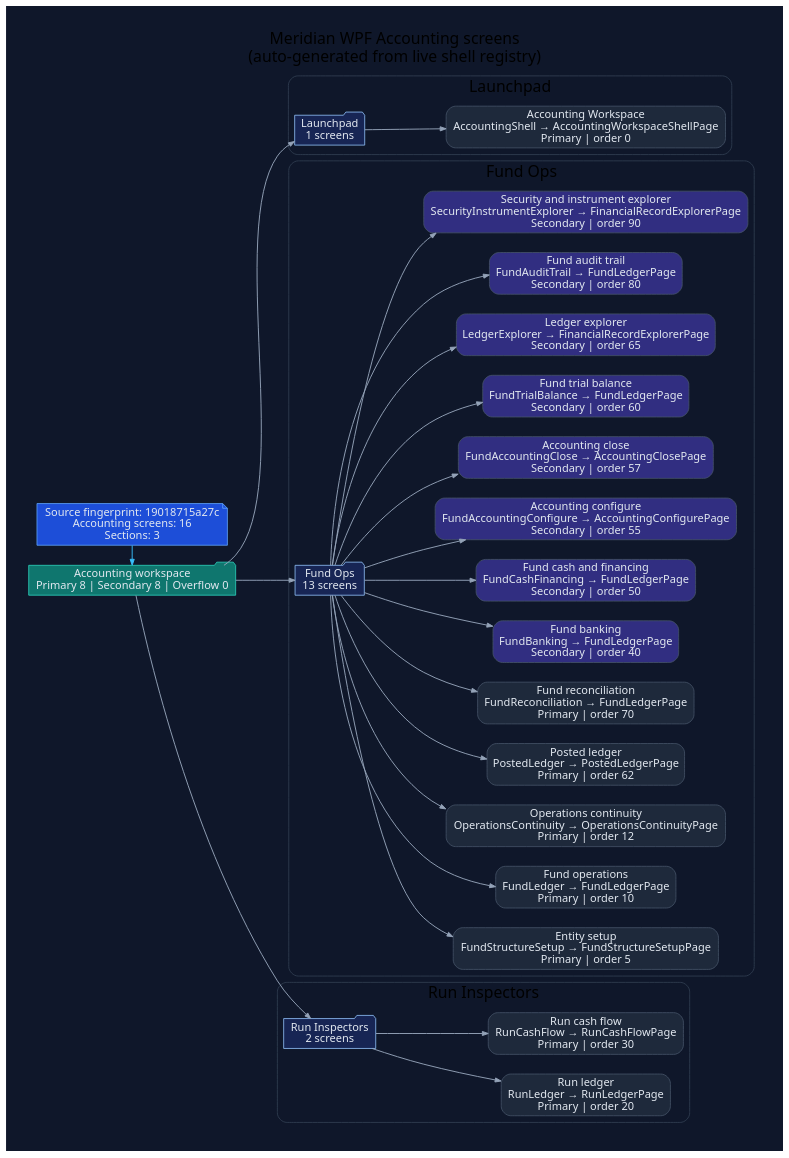
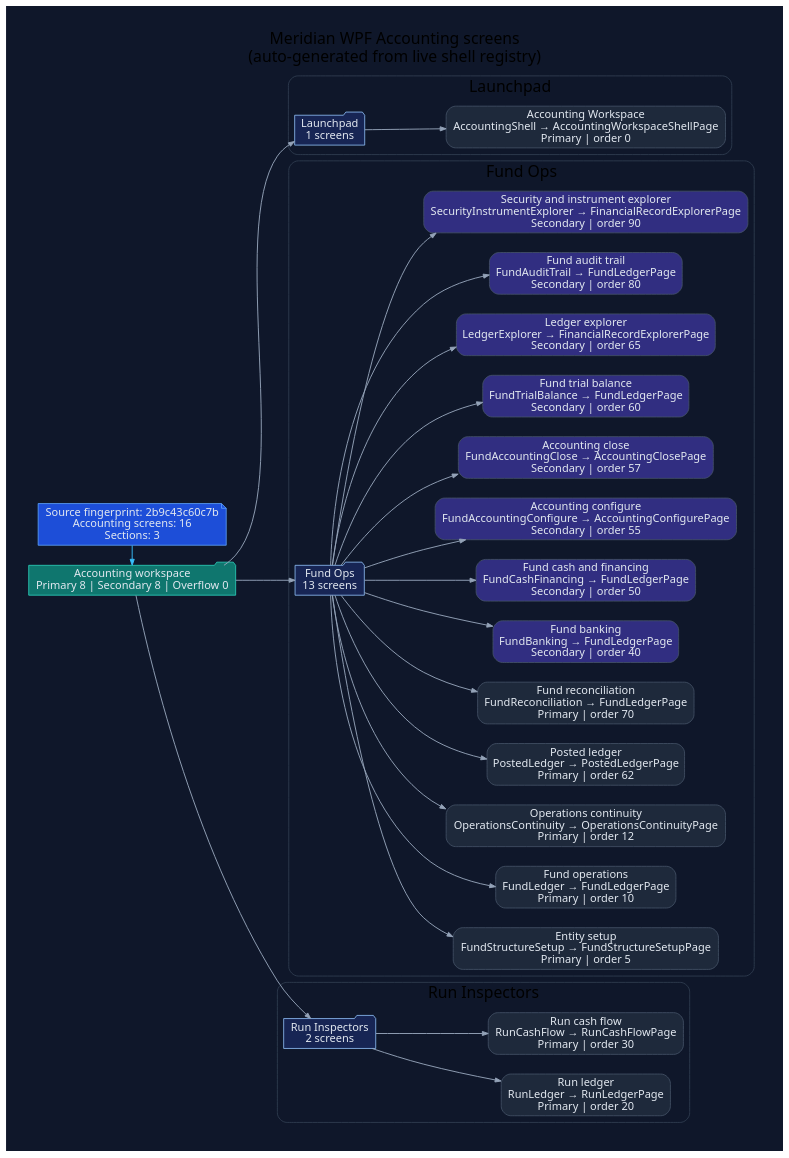
One commit to rodoHasArrived/Meridian-main changed the diagram in docs/diagrams/ui/ui-wpf-screens-accounting.dot. Above: the diagram before and after it, drawn with Graphviz. The commit also changed 45 other files, not shown here.

First line of the commit message:
docs: regenerate diagrams and doc-health after the governance fixes

```diff
--- a/docs/diagrams/ui/ui-wpf-screens-accounting.dot
+++ b/docs/diagrams/ui/ui-wpf-screens-accounting.dot
@@ -1,82 +1,82 @@
 // -----------------------------------------------------------------------------
 // <auto-generated>
 // Generated by scripts/generate-diagrams.mjs.
 // Do not edit this file directly; update the WPF source files instead.
 // -----------------------------------------------------------------------------
 digraph WpfAccountingScreens {
   graph [
     rankdir=LR,
     labelloc=t,
     label="Meridian WPF Accounting screens\n(auto-generated from live shell registry)",
     fontname="Segoe UI",
     fontsize=20,
     pad=0.4,
     nodesep=0.35,
     ranksep=0.85,
     bgcolor="#0f172a"
   ];
   node [fontname="Segoe UI", shape=box, style="rounded,filled", color="#475569", fontcolor="#e2e8f0", fillcolor="#1e293b"];
   edge [fontname="Segoe UI", color="#94a3b8", penwidth=1.2, arrowsize=0.75];
 
-  generated [shape=note, fillcolor="#1d4ed8", color="#60a5fa", label="Source fingerprint: 19018715a27c\nAccounting screens: 16\nSections: 3"];
+  generated [shape=note, fillcolor="#1d4ed8", color="#60a5fa", label="Source fingerprint: 2b9c43c60c7b\nAccounting screens: 16\nSections: 3"];
   workspace [shape=folder, fillcolor="#0f766e", color="#2dd4bf", label="Accounting workspace\nPrimary 8 | Secondary 8 | Overflow 0"];
   generated -> workspace [color="#38bdf8"];
 
   subgraph cluster_section_1 {
     label="Launchpad";
     color="#334155";
     style="rounded";
     section_1 [shape=folder, fillcolor="#172554", color="#93c5fd", label="Launchpad\n1 screens"];
     workspace -> section_1;
     screen_AccountingShell [fillcolor="#1e293b", label="Accounting Workspace\nAccountingShell → AccountingWorkspaceShellPage\nPrimary | order 0"];
     section_1 -> screen_AccountingShell;
   }
 
   subgraph cluster_section_2 {
     label="Fund Ops";
     color="#334155";
     style="rounded";
     section_2 [shape=folder, fillcolor="#172554", color="#93c5fd", label="Fund Ops\n13 screens"];
     workspace -> section_2;
     screen_FundStructureSetup [fillcolor="#1e293b", label="Entity setup\nFundStructureSetup → FundStructureSetupPage\nPrimary | order 5"];
     section_2 -> screen_FundStructureSetup;
     screen_FundLedger [fillcolor="#1e293b", label="Fund operations\nFundLedger → FundLedgerPage\nPrimary | order 10"];
     section_2 -> screen_FundLedger;
     screen_OperationsContinuity [fillcolor="#1e293b", label="Operations continuity\nOperationsContinuity → OperationsContinuityPage\nPrimary | order 12"];
     section_2 -> screen_OperationsContinuity;
     screen_PostedLedger [fillcolor="#1e293b", label="Posted ledger\nPostedLedger → PostedLedgerPage\nPrimary | order 62"];
     section_2 -> screen_PostedLedger;
     screen_FundReconciliation [fillcolor="#1e293b", label="Fund reconciliation\nFundReconciliation → FundLedgerPage\nPrimary | order 70"];
     section_2 -> screen_FundReconciliation;
     screen_FundBanking [fillcolor="#312e81", label="Fund banking\nFundBanking → FundLedgerPage\nSecondary | order 40"];
     section_2 -> screen_FundBanking;
     screen_FundCashFinancing [fillcolor="#312e81", label="Fund cash and financing\nFundCashFinancing → FundLedgerPage\nSecondary | order 50"];
     section_2 -> screen_FundCashFinancing;
     screen_FundAccountingConfigure [fillcolor="#312e81", label="Accounting configure\nFundAccountingConfigure → AccountingConfigurePage\nSecondary | order 55"];
     section_2 -> screen_FundAccountingConfigure;
     screen_FundAccountingClose [fillcolor="#312e81", label="Accounting close\nFundAccountingClose → AccountingClosePage\nSecondary | order 57"];
     section_2 -> screen_FundAccountingClose;
     screen_FundTrialBalance [fillcolor="#312e81", label="Fund trial balance\nFundTrialBalance → FundLedgerPage\nSecondary | order 60"];
     section_2 -> screen_FundTrialBalance;
     screen_LedgerExplorer [fillcolor="#312e81", label="Ledger explorer\nLedgerExplorer → FinancialRecordExplorerPage\nSecondary | order 65"];
     section_2 -> screen_LedgerExplorer;
     screen_FundAuditTrail [fillcolor="#312e81", label="Fund audit trail\nFundAuditTrail → FundLedgerPage\nSecondary | order 80"];
     section_2 -> screen_FundAuditTrail;
     screen_SecurityInstrumentExplorer [fillcolor="#312e81", label="Security and instrument explorer\nSecurityInstrumentExplorer → FinancialRecordExplorerPage\nSecondary | order 90"];
     section_2 -> screen_SecurityInstrumentExplorer;
   }
 
   subgraph cluster_section_3 {
     label="Run Inspectors";
     color="#334155";
     style="rounded";
     section_3 [shape=folder, fillcolor="#172554", color="#93c5fd", label="Run Inspectors\n2 screens"];
     workspace -> section_3;
     screen_RunLedger [fillcolor="#1e293b", label="Run ledger\nRunLedger → RunLedgerPage\nPrimary | order 20"];
     section_3 -> screen_RunLedger;
     screen_RunCashFlow [fillcolor="#1e293b", label="Run cash flow\nRunCashFlow → RunCashFlowPage\nPrimary | order 30"];
     section_3 -> screen_RunCashFlow;
   }
 
   { rank=min; generated; workspace; }
 }
```
